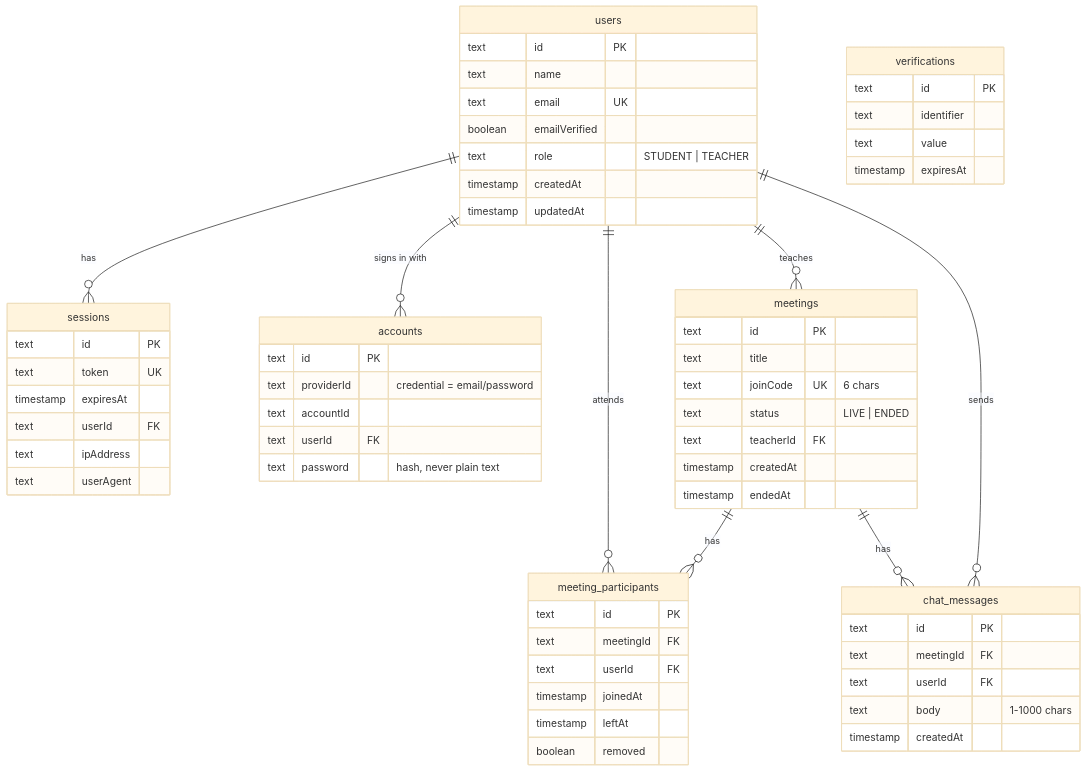
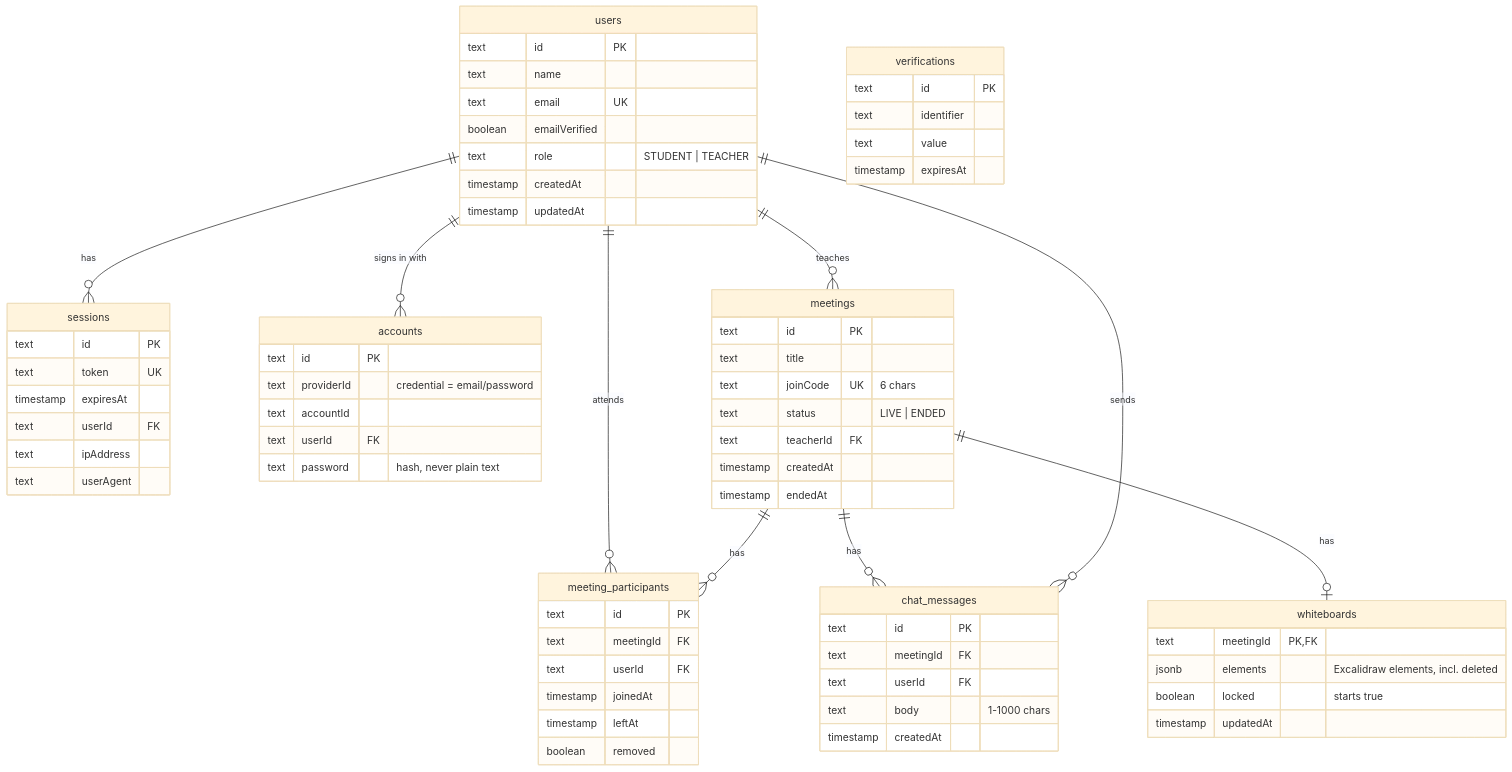
The diagram in docs/database.md (ali-shiekh16/learning-platform), drawn with Mermaid (base theme) before and after one commit. The commit also changed other lines of this file and 1 other file, not shown here.

Commit message:
docs: document the whiteboards table and record whiteboard follow-ups

````diff
--- a/docs/database.md
+++ b/docs/database.md
@@ -18,65 +18,72 @@
 ```mermaid
 erDiagram
   users ||--o{ sessions : "has"
   users ||--o{ accounts : "signs in with"
   users ||--o{ meetings : "teaches"
   users ||--o{ meeting_participants : "attends"
   meetings ||--o{ meeting_participants : "has"
   meetings ||--o{ chat_messages : "has"
   users ||--o{ chat_messages : "sends"
+  meetings ||--o| whiteboards : "has"
 
   users {
     text id PK
     text name
     text email UK
     boolean emailVerified
     text role "STUDENT | TEACHER"
     timestamp createdAt
     timestamp updatedAt
   }
   sessions {
     text id PK
     text token UK
     timestamp expiresAt
     text userId FK
     text ipAddress
     text userAgent
   }
   accounts {
     text id PK
     text providerId "credential = email/password"
     text accountId
     text userId FK
     text password "hash, never plain text"
   }
   verifications {
     text id PK
     text identifier
     text value
     timestamp expiresAt
   }
   meetings {
     text id PK
     text title
     text joinCode UK "6 chars"
     text status "LIVE | ENDED"
     text teacherId FK
     timestamp createdAt
     timestamp endedAt
   }
   meeting_participants {
     text id PK
     text meetingId FK
     text userId FK
     timestamp joinedAt
     timestamp leftAt
     boolean removed
   }
   chat_messages {
     text id PK
     text meetingId FK
     text userId FK
     text body "1-1000 chars"
     timestamp createdAt
   }
+  whiteboards {
+    text meetingId PK, FK
+    jsonb elements "Excalidraw elements, incl. deleted"
+    boolean locked "starts true"
+    timestamp updatedAt
+  }
 ```
````
